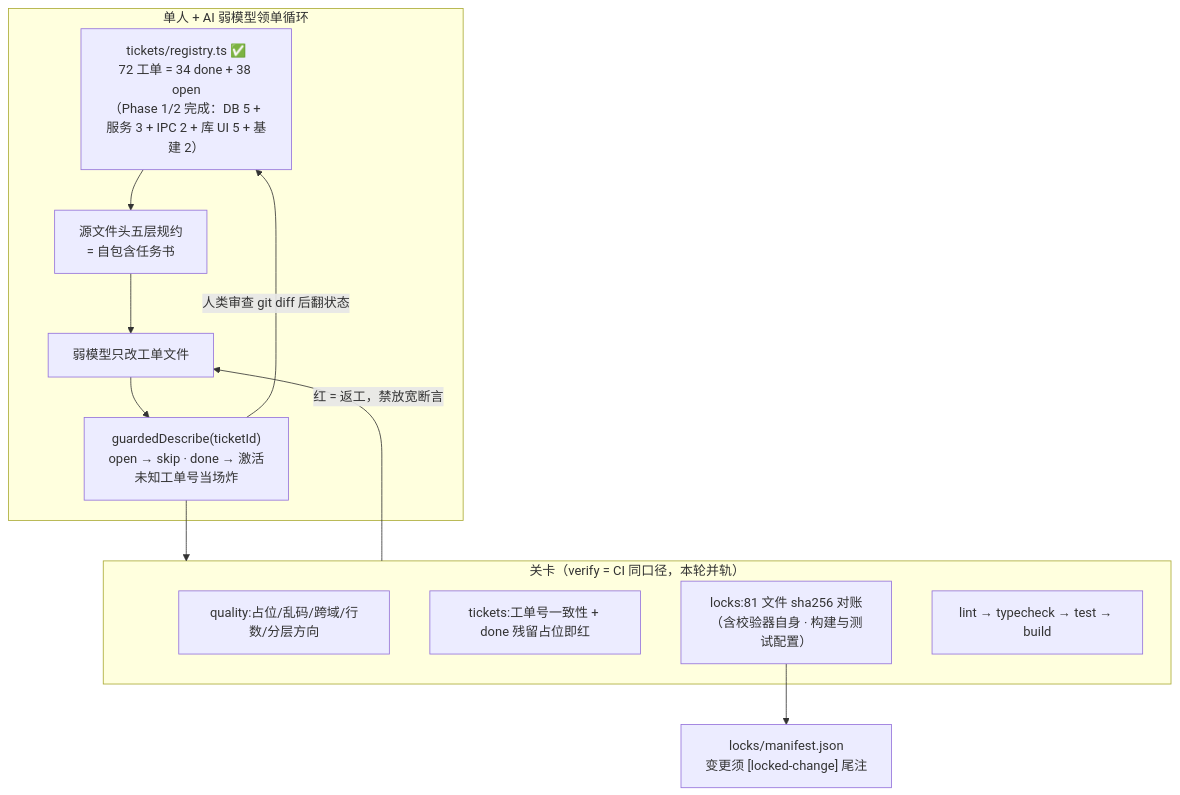
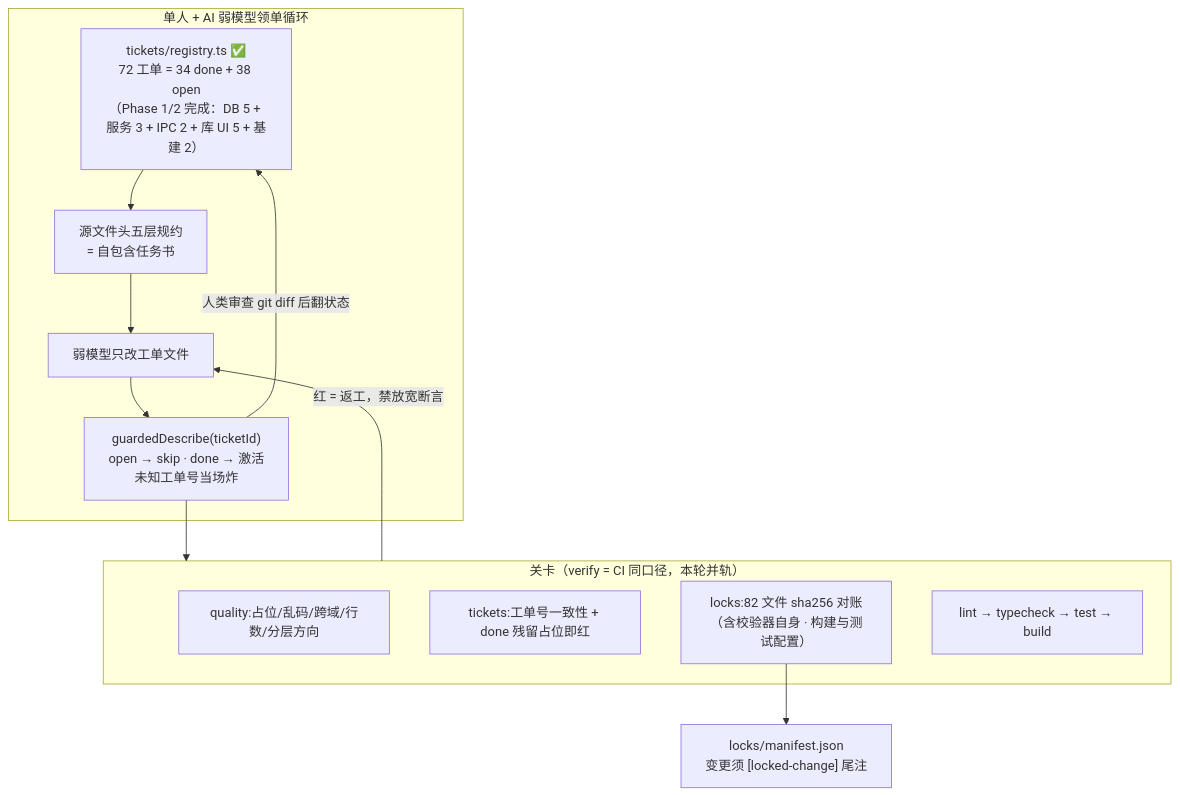
The seventh of 8 diagrams in docs/architecture.md (yyx20040712/Synapse), drawn with Mermaid before and after one commit. The commit also changed other lines of this file and 4 other files, not shown here.

````diff
--- a/docs/architecture.md
+++ b/docs/architecture.md
@@ -203,20 +206,20 @@
 ```mermaid
 flowchart TB
   subgraph LOOP["单人 + AI 弱模型领单循环"]
     RG2["tickets/registry.ts ✅<br/>72 工单 = 34 done + 38 open<br/>（Phase 1/2 完成：DB 5 + 服务 3 + IPC 2 + 库 UI 5 + 基建 2）"]
     SPEC["源文件头五层规约<br/>= 自包含任务书"]
     IMPL["弱模型只改工单文件"]
     GD["guardedDescribe(ticketId)<br/>open → skip · done → 激活<br/>未知工单号当场炸"]
     RG2 --> SPEC --> IMPL --> GD
     GD -->|"人类审查 git diff 后翻状态"| RG2
   end
   subgraph GATES["关卡（verify = CI 同口径，本轮并轨）"]
     Q["quality:占位/乱码/跨域/行数/分层方向"]
     T["tickets:工单号一致性 + done 残留占位即红"]
-    LK["locks:81 文件 sha256 对账<br/>（含校验器自身 · 构建与测试配置）"]
+    LK["locks:82 文件 sha256 对账<br/>（含校验器自身 · 构建与测试配置）"]
     V["lint → typecheck → test → build"]
   end
   GD --> GATES
   GATES -->|"红 = 返工，禁放宽断言"| IMPL
   LK --> MANIFEST["locks/manifest.json<br/>变更须 [locked-change] 尾注"]
 ```
````
